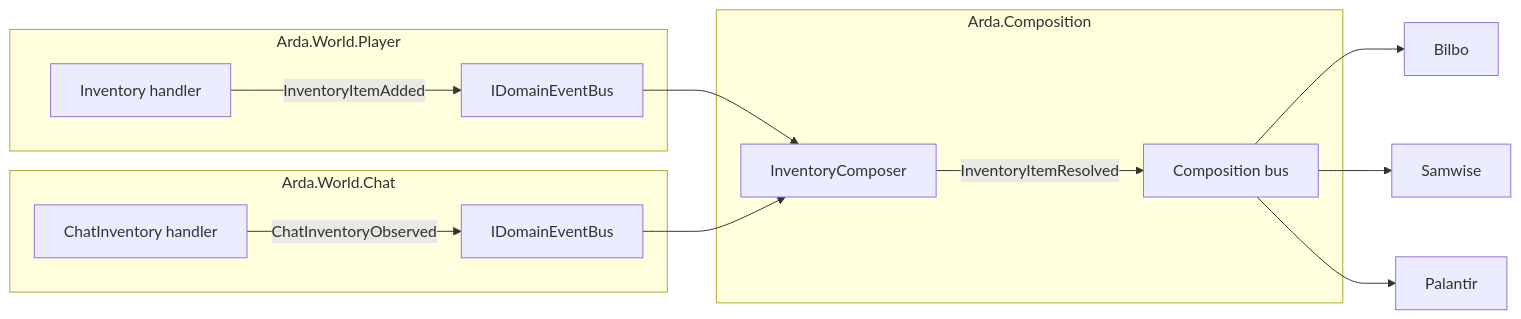
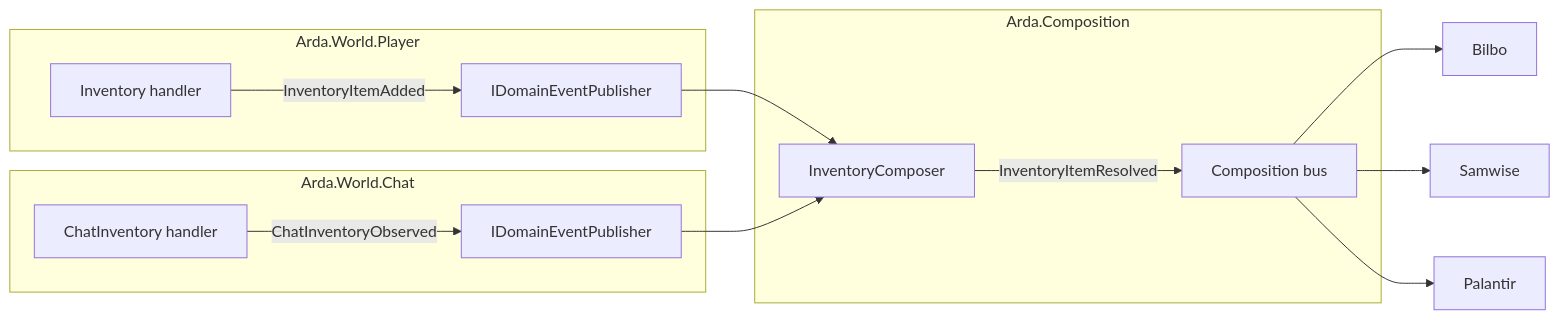
Before and after one commit to arthur-conde/project-gorgon: the diagram in docs/design/arda/dispatch-and-composition.md, drawn with Mermaid. The commit also changed other lines of this file and 43 other files, not shown here.

First line of the commit message:
refactor(arda): narrow composer ctors to pub/sub halves; relocate IDomainEventBus internal (#814)

````diff
--- a/docs/design/arda/dispatch-and-composition.md
+++ b/docs/design/arda/dispatch-and-composition.md
@@ -244,17 +244,17 @@
 ```mermaid
 flowchart LR
     subgraph PlayerWorld ["Arda.World.Player"]
-        Inv["Inventory handler"] -->|"InventoryItemAdded"| Bus1["IDomainEventBus"]
+        Inv["Inventory handler"] -->|"InventoryItemAdded"| Bus1["IDomainEventPublisher"]
     end
     subgraph ChatWorld ["Arda.World.Chat"]
-        ChatInv["ChatInventory handler"] -->|"ChatInventoryObserved"| Bus2["IDomainEventBus"]
+        ChatInv["ChatInventory handler"] -->|"ChatInventoryObserved"| Bus2["IDomainEventPublisher"]
     end
     subgraph L4 ["Arda.Composition"]
         Bus1 --> IC["InventoryComposer"]
         Bus2 --> IC
         IC -->|"InventoryItemResolved"| CompBus["Composition bus"]
     end
     CompBus --> Bilbo
     CompBus --> Samwise
     CompBus --> Palantir
 ```
````
